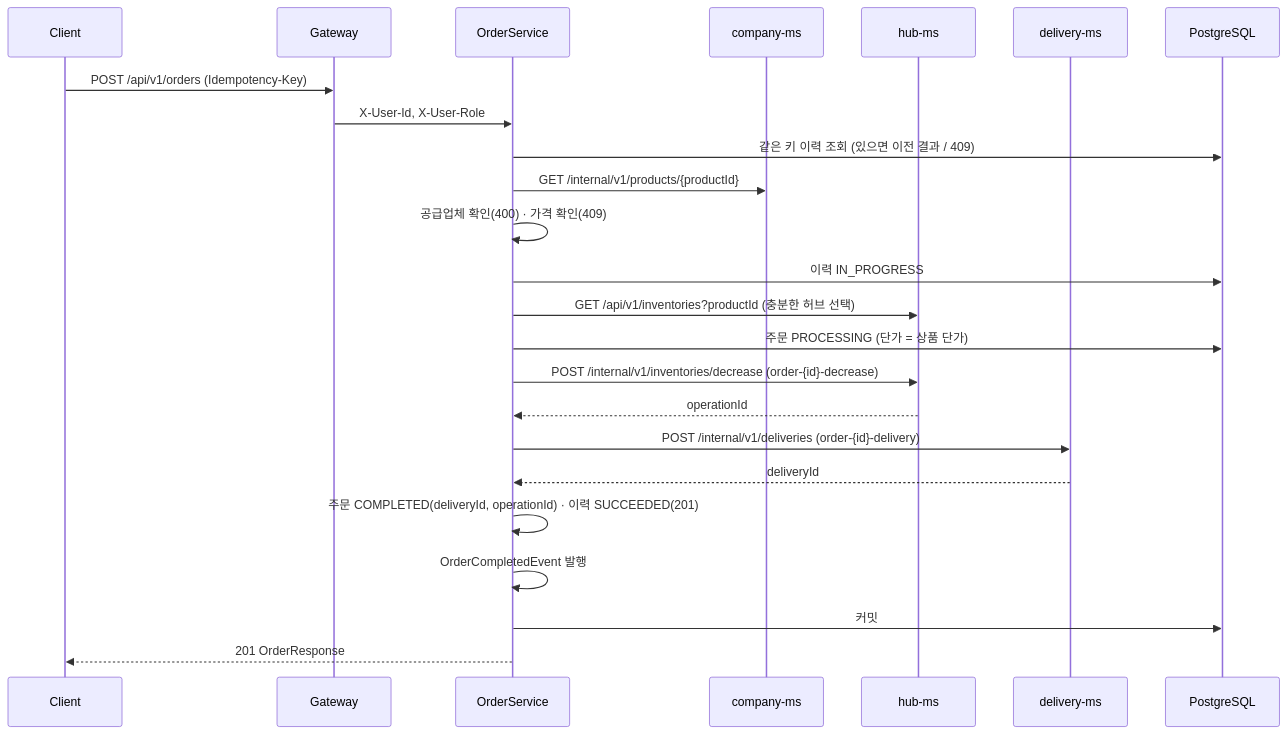
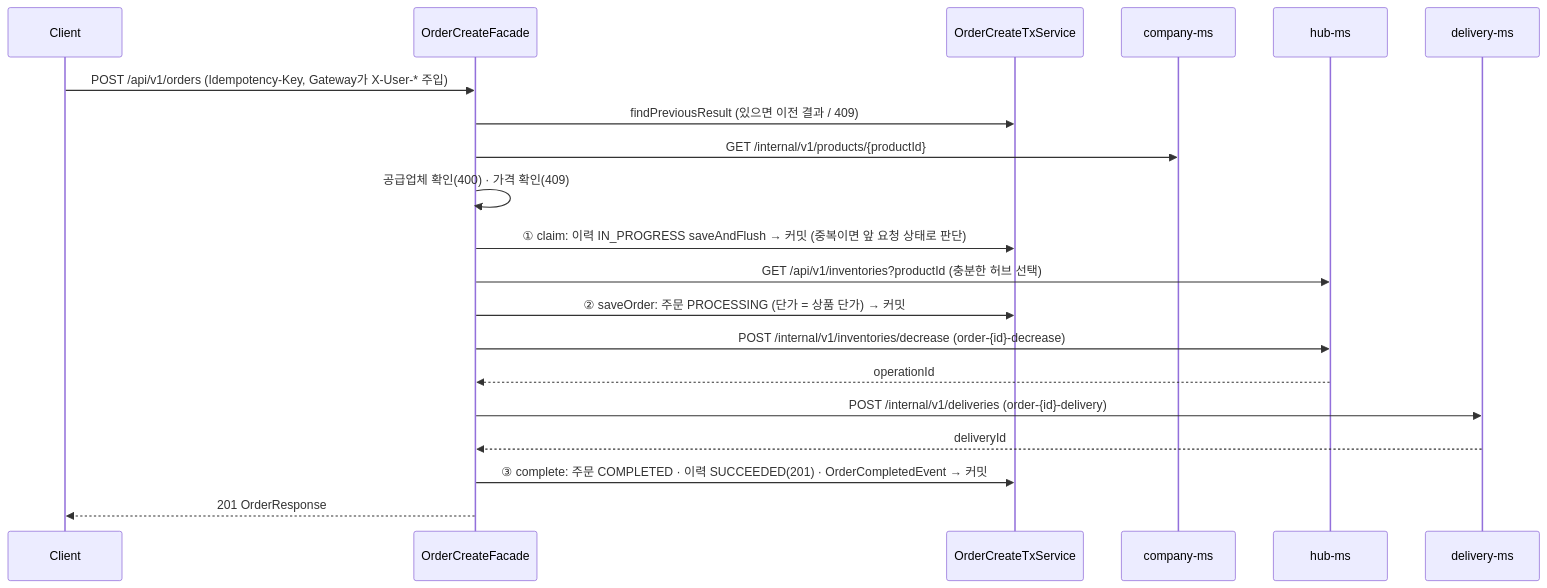
One commit to 01Commit10/sparta-logistics changed the first of 5 diagrams in docs/guide/구현 설명/Order 도메인 구현 설명.md. Above: the diagram before and after it, drawn with Mermaid. The commit also changed other lines of this file, not shown here.

````diff
--- a/docs/guide/구현 설명/Order 도메인 구현 설명.md
+++ b/docs/guide/구현 설명/Order 도메인 구현 설명.md
@@ -194,27 +206,23 @@
 ```mermaid
 sequenceDiagram
     participant C as Client
-    participant G as Gateway
-    participant S as OrderService
+    participant F as OrderCreateFacade
+    participant T as OrderCreateTxService
     participant P as company-ms
     participant H as hub-ms
     participant D as delivery-ms
-    participant DB as PostgreSQL
 
-    C->>G: POST /api/v1/orders (Idempotency-Key)
-    G->>S: X-User-Id, X-User-Role
-    S->>DB: 같은 키 이력 조회 (있으면 이전 결과 / 409)
-    S->>P: GET /internal/v1/products/{productId}
-    S->>S: 공급업체 확인(400) · 가격 확인(409)
-    S->>DB: 이력 IN_PROGRESS
-    S->>H: GET /api/v1/inventories?productId (충분한 허브 선택)
-    S->>DB: 주문 PROCESSING (단가 = 상품 단가)
-    S->>H: POST /internal/v1/inventories/decrease (order-{id}-decrease)
-    H-->>S: operationId
-    S->>D: POST /internal/v1/deliveries (order-{id}-delivery)
-    D-->>S: deliveryId
-    S->>S: 주문 COMPLETED(deliveryId, operationId) · 이력 SUCCEEDED(201)
-    S->>S: OrderCompletedEvent 발행
-    S->>DB: 커밋
-    S-->>C: 201 OrderResponse
+    C->>F: POST /api/v1/orders (Idempotency-Key, Gateway가 X-User-* 주입)
+    F->>T: findPreviousResult (있으면 이전 결과 / 409)
+    F->>P: GET /internal/v1/products/{productId}
+    F->>F: 공급업체 확인(400) · 가격 확인(409)
+    F->>T: ① claim: 이력 IN_PROGRESS saveAndFlush → 커밋 (중복이면 앞 요청 상태로 판단)
+    F->>H: GET /api/v1/inventories?productId (충분한 허브 선택)
+    F->>T: ② saveOrder: 주문 PROCESSING (단가 = 상품 단가) → 커밋
+    F->>H: POST /internal/v1/inventories/decrease (order-{id}-decrease)
+    H-->>F: operationId
+    F->>D: POST /internal/v1/deliveries (order-{id}-delivery)
+    D-->>F: deliveryId
+    F->>T: ③ complete: 주문 COMPLETED · 이력 SUCCEEDED(201) · OrderCompletedEvent → 커밋
+    F-->>C: 201 OrderResponse
 ```
````
